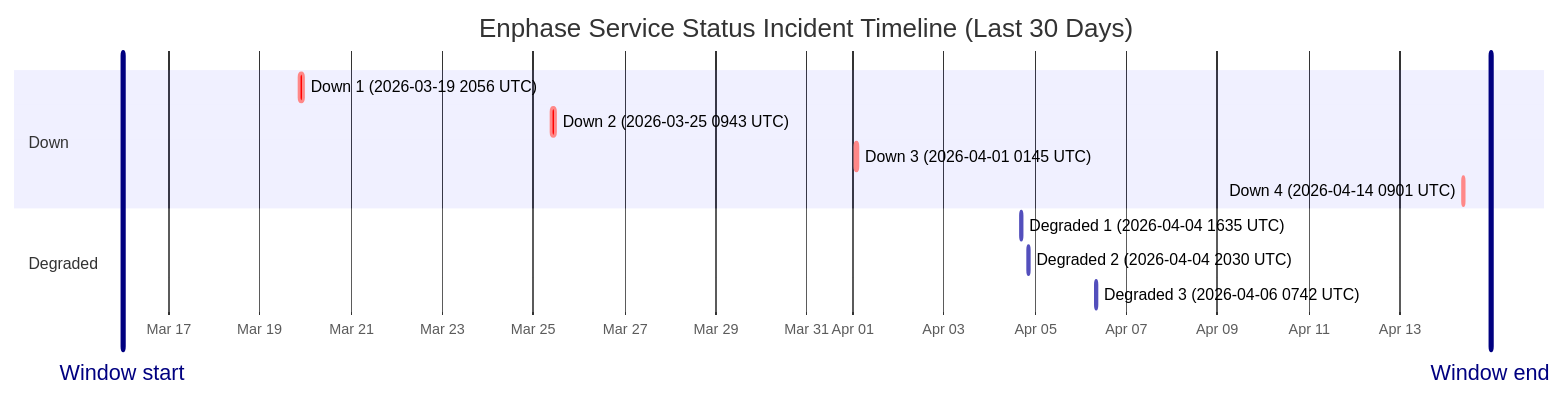
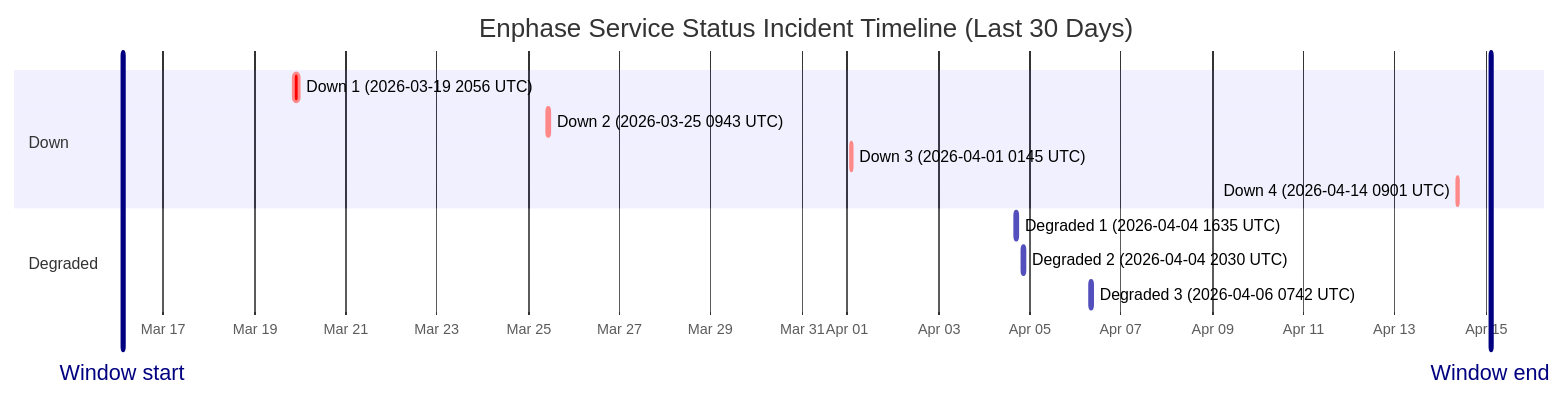
Before and after one commit to barneyonline/ha-enphase-ev-charger: the diagram in wiki/Service-Status-History.md, drawn with Mermaid. The commit also changed other lines of this file and 3 other files, not shown here.

````diff
--- a/wiki/Service-Status-History.md
+++ b/wiki/Service-Status-History.md
@@ -14,17 +14,17 @@
 ```mermaid
 gantt
     title Enphase Service Status Incident Timeline (Last 30 Days)
     dateFormat  YYYY-MM-DDTHH:mm:ss
     axisFormat  %b %d
-    Window start :vert, window-start, 2026-03-15T23:41:07, 0ms
-    Window end :vert, window-end, 2026-04-14T23:41:07, 0ms
+    Window start :vert, window-start, 2026-03-16T02:28:21, 0ms
+    Window end :vert, window-end, 2026-04-15T02:28:21, 0ms
     section Down
     Down 1 (2026-03-19 2056 UTC) :crit, down-1, 2026-03-19T20:56:20, 145m
     Down 2 (2026-03-25 0943 UTC) :crit, down-2, 2026-03-25T09:43:28, 111m
     Down 3 (2026-04-01 0145 UTC) :crit, down-3, 2026-04-01T01:45:09, 60m
     Down 4 (2026-04-14 0901 UTC) :crit, down-4, 2026-04-14T09:01:13, 60m
     section Degraded
     Degraded 1 (2026-04-04 1635 UTC) :active, degraded-1, 2026-04-04T16:35:17, 60m
     Degraded 2 (2026-04-04 2030 UTC) :active, degraded-2, 2026-04-04T20:30:40, 60m
     Degraded 3 (2026-04-06 0742 UTC) :active, degraded-3, 2026-04-06T07:42:09, 85m
 ```
````
